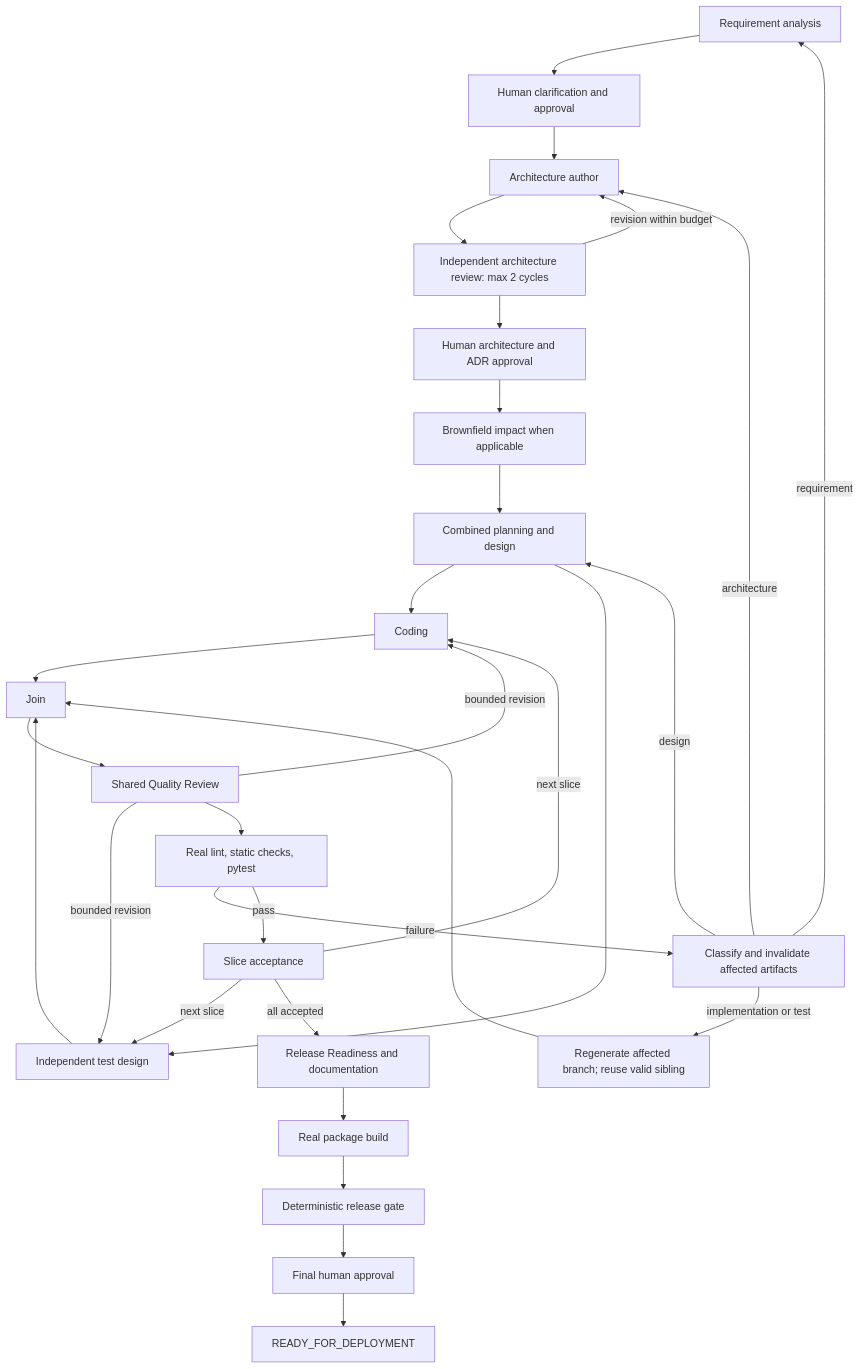
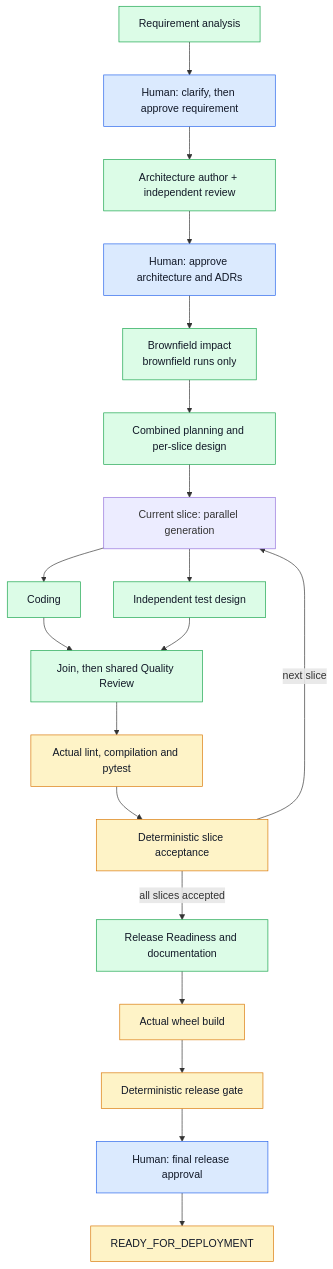
Before and after one commit to kavish-agarwal-tech/ssdlc-agentic-flow: the diagram in docs/orchestration.md, drawn with Mermaid. The commit also changed other lines of this file and 6 other files, not shown here.

Commit message:
Clarify setup, execution, architecture and enhancement roadmap

````diff
--- a/docs/orchestration.md
+++ b/docs/orchestration.md
@@ -3,32 +5,27 @@
 ```mermaid
 flowchart TD
-  R[Requirement analysis] --> H1[Human clarification and approval]
-  H1 --> A[Architecture author]
-  A --> AR[Independent architecture review: max 2 cycles]
-  AR -->|revision within budget| A
-  AR --> H2[Human architecture and ADR approval]
-  H2 --> B[Brownfield impact when applicable]
-  B --> P[Combined planning and design]
-  P --> C[Coding]
-  P --> T[Independent test design]
-  C --> J[Join]
-  T --> J
-  J --> Q[Shared Quality Review]
-  Q -->|bounded revision| C
-  Q -->|bounded revision| T
-  Q --> V[Real lint, static checks, pytest]
-  V -->|failure| F[Classify and invalidate affected artifacts]
-  F -->|implementation or test| J2[Regenerate affected branch; reuse valid sibling]
-  J2 --> J
-  F -->|design| P
-  F -->|architecture| A
-  F -->|requirement| R
-  V -->|pass| S[Slice acceptance]
-  S -->|next slice| C
-  S -->|next slice| T
-  S -->|all accepted| RR[Release Readiness and documentation]
-  RR --> Build[Real package build]
-  Build --> Gate[Deterministic release gate]
-  Gate --> H3[Final human approval]
-  H3 --> Ready[READY_FOR_DEPLOYMENT]
+  R["Requirement analysis"] --> H1["Human: clarify, then approve requirement"]
+  H1 --> A["Architecture author + independent review"]
+  A --> H2["Human: approve architecture and ADRs"]
+  H2 --> B["Brownfield impact<br/>brownfield runs only"]
+  B --> P["Combined planning and per-slice design"]
+  P --> Fork["Current slice: parallel generation"]
+  Fork --> C["Coding"]
+  Fork --> T["Independent test design"]
+  C --> Q["Join, then shared Quality Review"]
+  T --> Q
+  Q --> V["Actual lint, compilation and pytest"]
+  V --> S["Deterministic slice acceptance"]
+  S -->|next slice| Fork
+  S -->|all slices accepted| Report["Release Readiness and documentation"]
+  Report --> Build["Actual wheel build"]
+  Build --> Gate["Deterministic release gate"]
+  Gate --> H3["Human: final release approval"]
+  H3 --> Ready["READY_FOR_DEPLOYMENT"]
+  classDef human fill:#dbeafe,stroke:#2563eb,color:#111827
+  classDef proposal fill:#dcfce7,stroke:#16a34a,color:#111827
+  classDef evidence fill:#fef3c7,stroke:#d97706,color:#111827
+  class H1,H2,H3 human
+  class R,A,B,P,C,T,Q,Report proposal
+  class V,S,Build,Gate,Ready evidence
 ```
````
